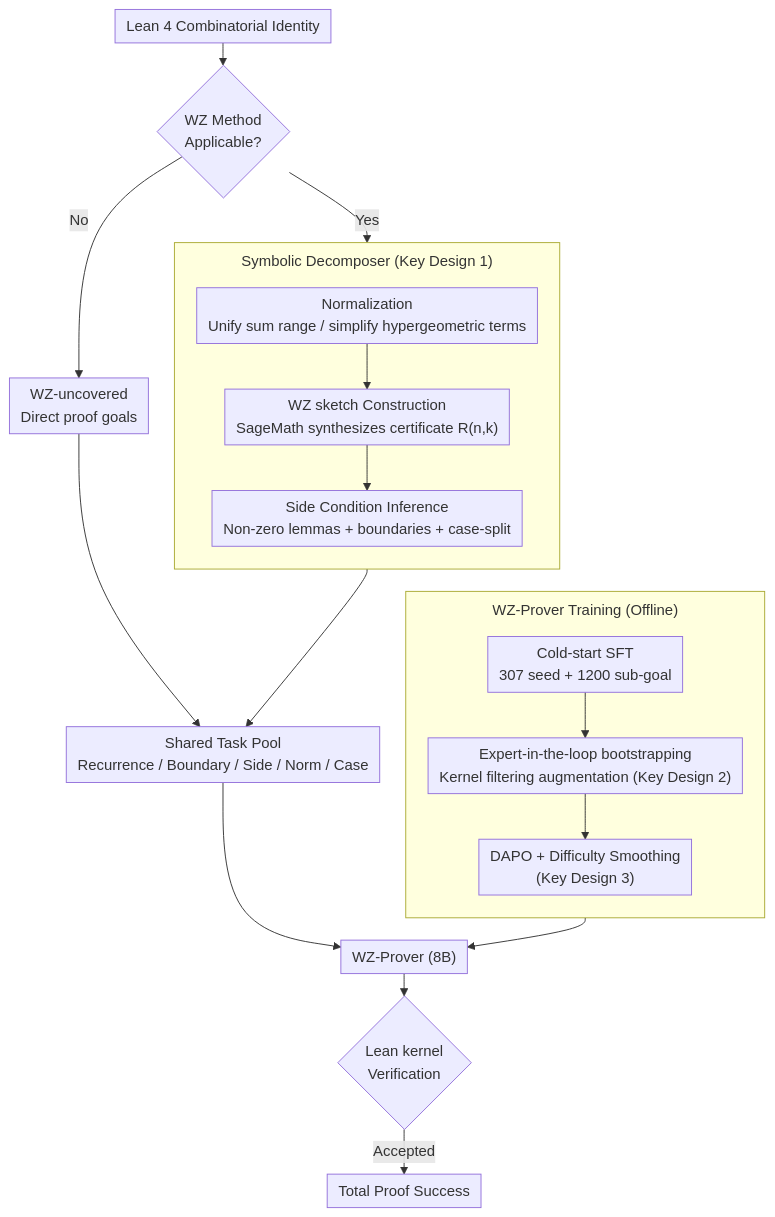
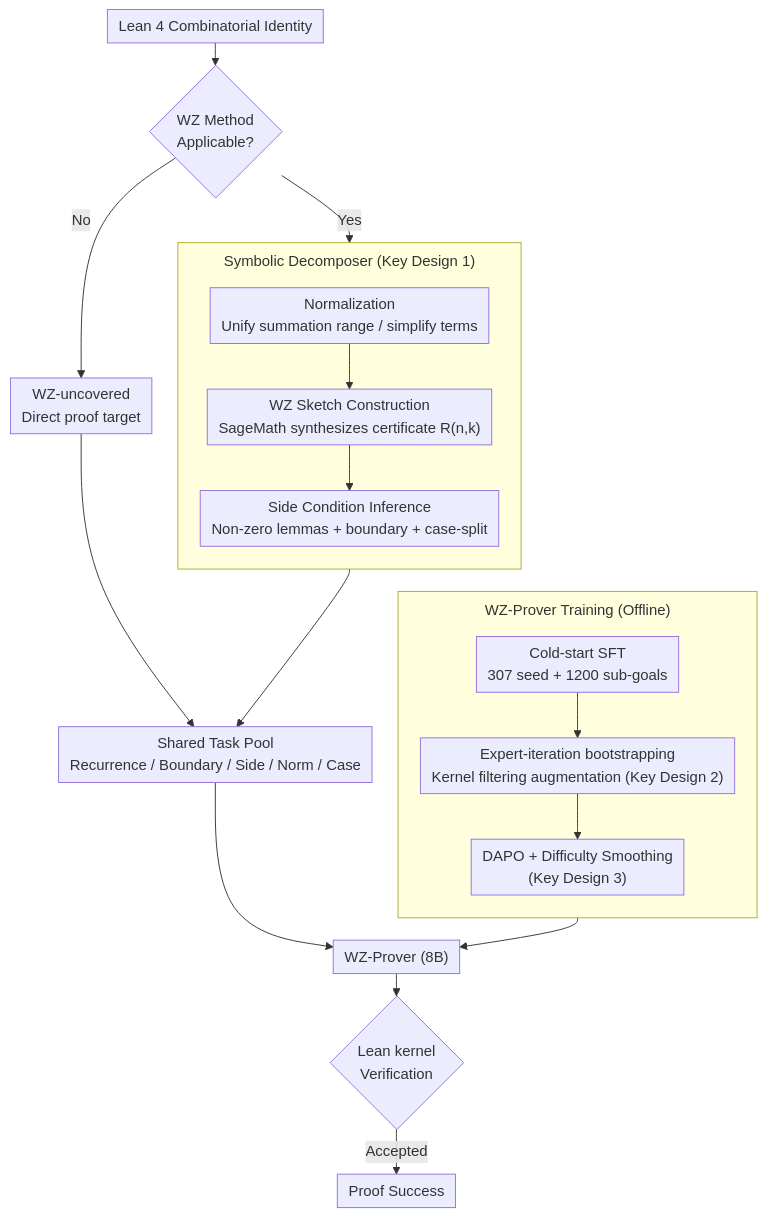
The diagram in docs/ICML2026/llm_nlp/automated_formal_proofs_of_combinatorial_identities_via_wilf-zeilberger_guidance.md (zhaoyang97/Paper-Notes-en), drawn with Mermaid before and after one commit. The commit also changed other lines of this file and 5084 other files, not shown here.

````diff
--- a/docs/ICML2026/llm_nlp/automated_formal_proofs_of_combinatorial_identities_via_wilf-zeilberger_guidance.md
+++ b/docs/ICML2026/llm_nlp/automated_formal_proofs_of_combinatorial_identities_via_wilf-zeilberger_guidance.md
@@ -45,27 +45,27 @@
 ```mermaid
 %%{init: {'flowchart': {'rankSpacing': 24, 'nodeSpacing': 28, 'padding': 6, 'wrappingWidth': 400, 'subGraphTitleMargin': {'top': 8, 'bottom': 16}}}}%%
 flowchart TD
     A["Lean 4 Combinatorial Identity"] --> B{"WZ Method<br/>Applicable?"}
     subgraph SD["Symbolic Decomposer (Key Design 1)"]
         direction TB
-        N["Normalization<br/>Unify sum range / simplify hypergeometric terms"]
-        S["WZ sketch Construction<br/>SageMath synthesizes certificate R(n,k)"]
-        C["Side Condition Inference<br/>Non-zero lemmas + boundaries + case-split"]
+        N["Normalization<br/>Unify summation range / simplify terms"]
+        S["WZ Sketch Construction<br/>SageMath synthesizes certificate R(n,k)"]
+        C["Side Condition Inference<br/>Non-zero lemmas + boundary + case-split"]
         N --> S --> C
     end
     B -->|Yes| SD
     SD --> P["Shared Task Pool<br/>Recurrence / Boundary / Side / Norm / Case"]
-    B -->|No| U["WZ-uncovered<br/>Direct proof goals"]
+    B -->|No| U["WZ-uncovered<br/>Direct proof target"]
     U --> P
     subgraph TR["WZ-Prover Training (Offline)"]
         direction TB
-        T1["Cold-start SFT<br/>307 seed + 1200 sub-goal"]
-        T2["Expert-in-the-loop bootstrapping<br/>Kernel filtering augmentation (Key Design 2)"]
+        T1["Cold-start SFT<br/>307 seed + 1200 sub-goals"]
+        T2["Expert-iteration bootstrapping<br/>Kernel filtering augmentation (Key Design 2)"]
         T3["DAPO + Difficulty Smoothing<br/>(Key Design 3)"]
         T1 --> T2 --> T3
     end
     TR --> WP["WZ-Prover (8B)"]
     P --> WP
     WP --> K{"Lean kernel<br/>Verification"}
-    K -->|Accepted| OK["Total Proof Success"]
+    K -->|Accepted| OK["Proof Success"]
 ```
````
